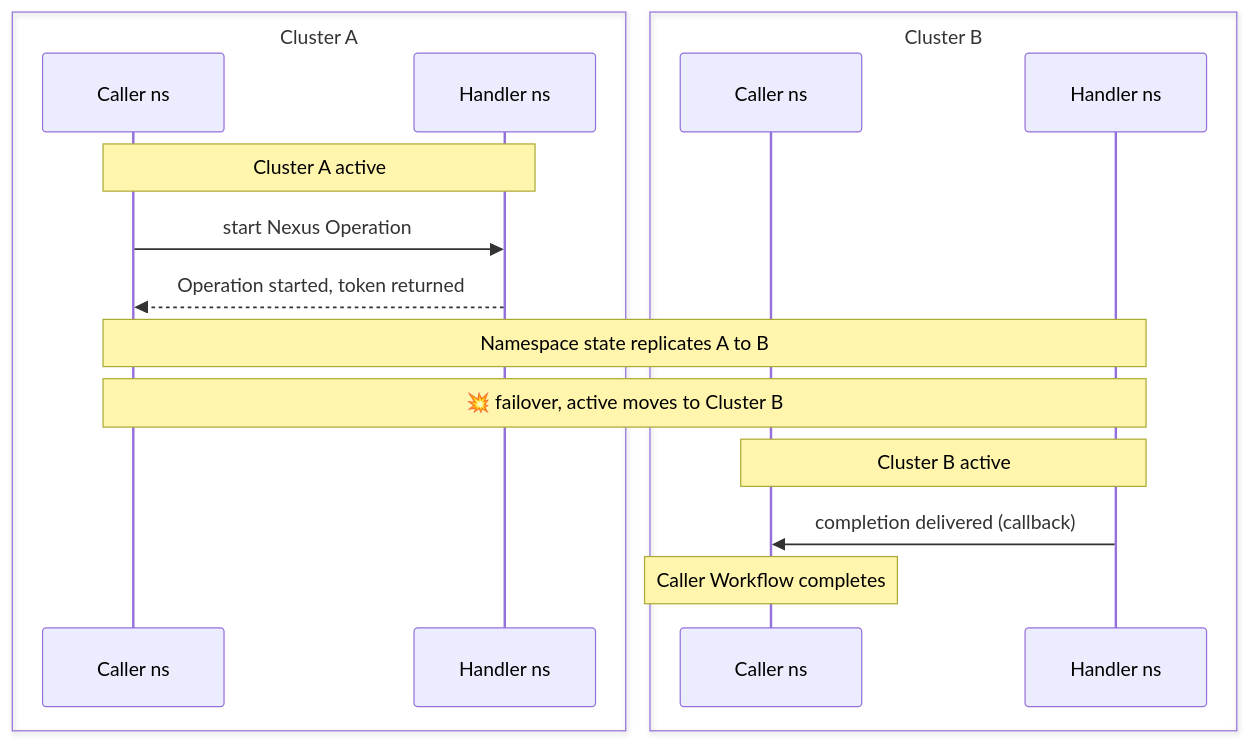
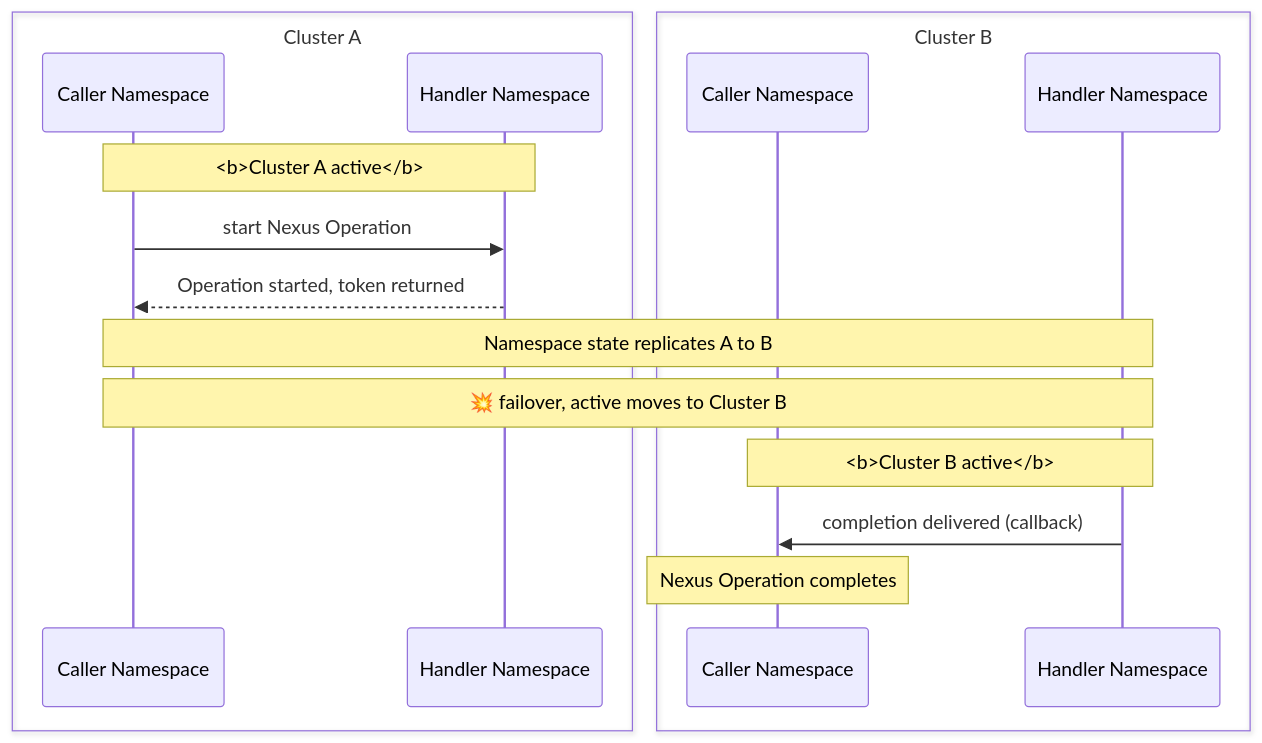
One commit to temporalio/documentation changed the diagram in docs/production-deployment/self-hosted-guide/temporal-nexus.mdx. Above: the diagram before and after it, drawn with Mermaid.

Commit message:
Use full 'Namespace', HTML bold for active-Cluster notes, rename final note
- Expand 'ns' to 'Namespace' in the sequence diagram participants.
- Bold the active-Cluster notes with <b> (markdown strings rendered literally).
- Rename the final note to 'Nexus Operation completes'.

````diff
--- a/docs/production-deployment/self-hosted-guide/temporal-nexus.mdx
+++ b/docs/production-deployment/self-hosted-guide/temporal-nexus.mdx
@@ -141,19 +141,19 @@
 ```mermaid
 sequenceDiagram
     box Cluster A
-    participant caA as Caller ns
-    participant haA as Handler ns
+    participant caA as Caller Namespace
+    participant haA as Handler Namespace
     end
     box Cluster B
-    participant caB as Caller ns
-    participant haB as Handler ns
+    participant caB as Caller Namespace
+    participant haB as Handler Namespace
     end
-    Note over caA,haA: Cluster A active
+    Note over caA,haA: <b>Cluster A active</b>
     caA->>haA: start Nexus Operation
     haA-->>caA: Operation started, token returned
     Note over caA,haB: Namespace state replicates A to B
     Note over caA,haB: 💥 failover, active moves to Cluster B
-    Note over caB,haB: Cluster B active
+    Note over caB,haB: <b>Cluster B active</b>
     haB->>caB: completion delivered (callback)
-    Note over caB: Caller Workflow completes
+    Note over caB: Nexus Operation completes
 ```
````
